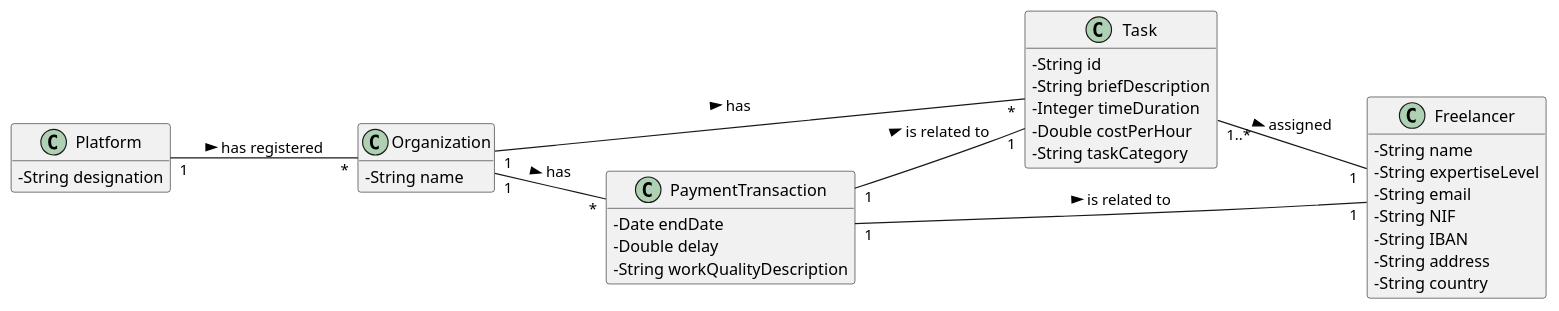
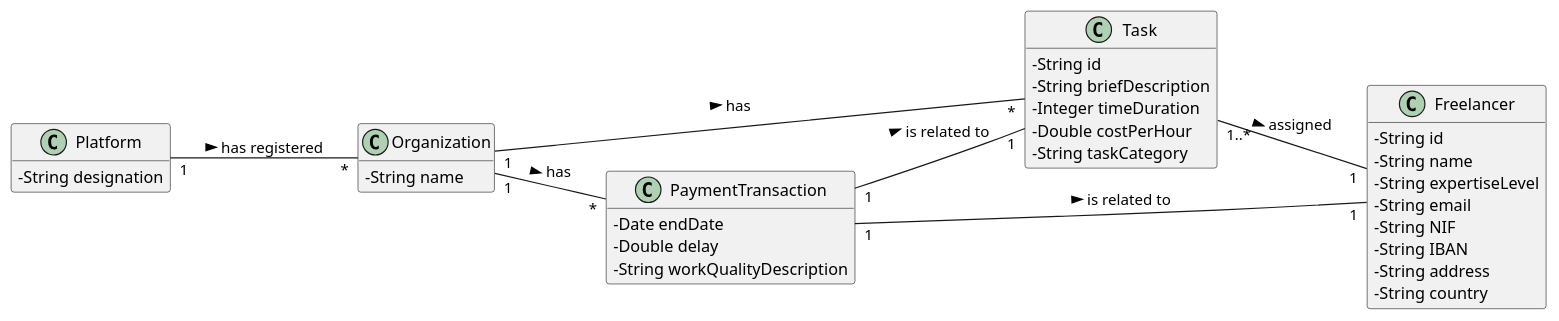
One commit to pedrolemos4/LAPR2 changed the diagram in docs/UC10 - Notify delayed freelancers (automatically)/UC10_MD.puml. Above: the diagram before and after it, drawn with PlantUML. The commit also changed 3 other files, not shown here.

```diff
--- a/docs/UC10 - Notify delayed freelancers (automatically)/UC10_MD.puml
+++ b/docs/UC10 - Notify delayed freelancers (automatically)/UC10_MD.puml
@@ -1,49 +1,50 @@
 @startuml
 skinparam classAttributeIconSize 0
 hide methods
 left to right direction
 
 class Platform {
   -String designation
 }
 
 class Organization {
   -String name
 }
 
 class Freelancer {
+  -String id
   -String name
   -String expertiseLevel
   -String email
   -String NIF
   -String IBAN
   -String address
   -String country
   }
 
 class Task {
  -String id
  -String briefDescription
  -Integer timeDuration
  -Double costPerHour
  -String taskCategory
 }
 
 class PaymentTransaction{
  -Date endDate
  -Double delay
  -String workQualityDescription
 }
 
 Platform "1" -- "*" Organization : has registered >
 
 Organization "1" -- "*" Task: has >
 Organization "1" -- "*" PaymentTransaction: has >
 
 PaymentTransaction "1" -- "1" Freelancer: is related to >
 PaymentTransaction "1" -- "1" Task: is related to >
 
 Task "1..*" -- "1" Freelancer: assigned >
 
 
 @enduml
```
